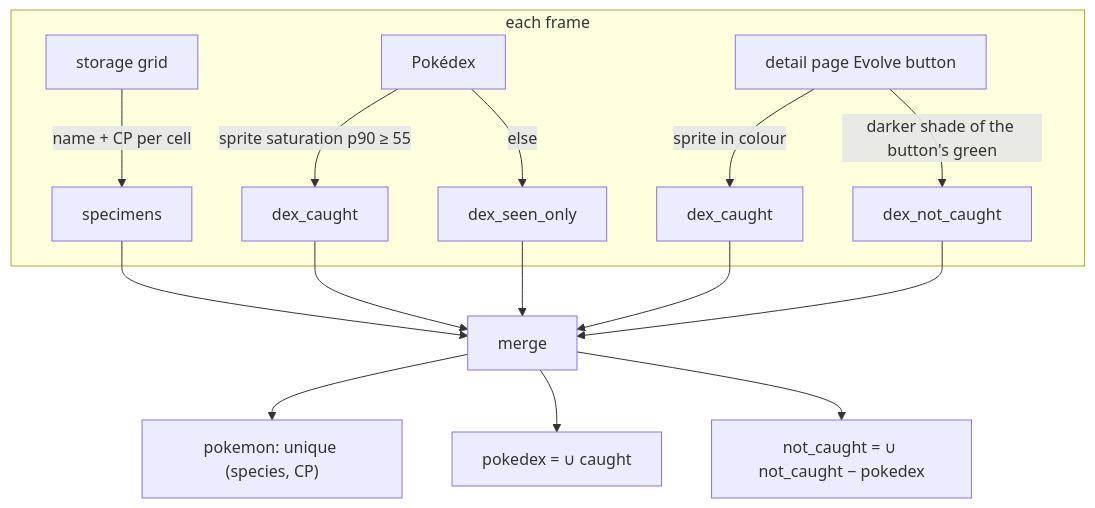
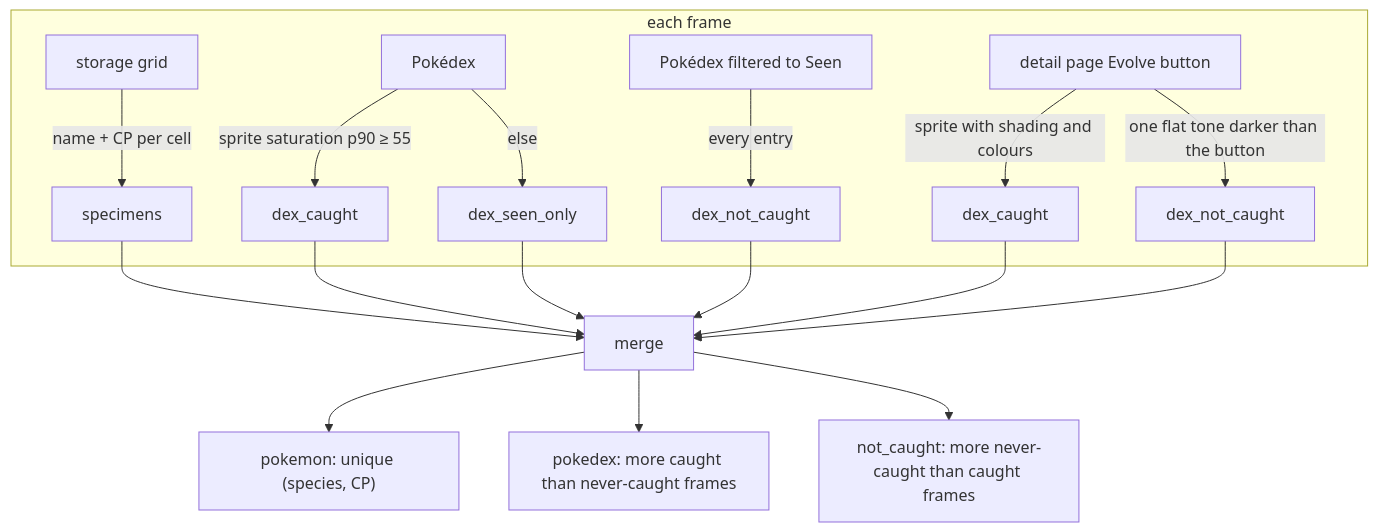
Before and after one commit to kaustubhagarwal18/pogo-evo-planner: the second of 4 diagrams in docs/ARCHITECTURE.md, drawn with Mermaid. The commit also changed other lines of this file and 47 other files, not shown here.

````diff
--- a/docs/ARCHITECTURE.md
+++ b/docs/ARCHITECTURE.md
@@ -61,18 +61,20 @@
 ```mermaid
 flowchart TD
     subgraph frames["each frame"]
         ST[storage grid] -->|name + CP per cell| SP[specimens]
         DX[Pokédex] -->|sprite saturation p90 ≥ 55| C1[dex_caught]
         DX -->|else| SO[dex_seen_only]
-        EV[detail page Evolve button] -->|sprite in colour| C2[dex_caught]
-        EV -->|darker shade of the button's green| NC[dex_not_caught]
+        DS[Pokédex filtered to Seen] -->|every entry| NC2[dex_not_caught]
+        EV[detail page Evolve button] -->|sprite with shading and colours| C2[dex_caught]
+        EV -->|one flat tone darker than the button| NC[dex_not_caught]
     end
     SP --> MG[merge]
     C1 --> MG
     C2 --> MG
     SO --> MG
     NC --> MG
+    NC2 --> MG
     MG --> POK["pokemon: unique (species, CP)"]
-    MG --> PDX["pokedex = ∪ caught"]
-    MG --> NOT["not_caught = ∪ not_caught − pokedex"]
+    MG --> PDX["pokedex: more caught than never-caught frames"]
+    MG --> NOT["not_caught: more never-caught than caught frames"]
 ```
````
